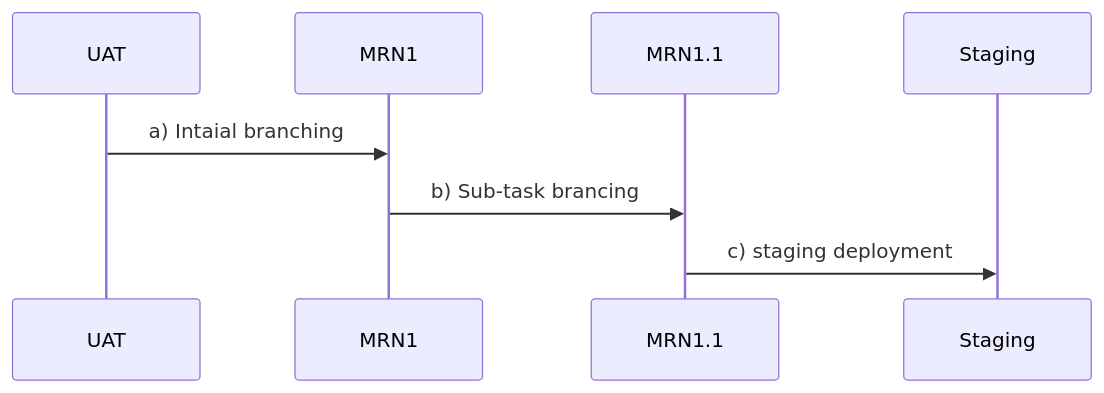
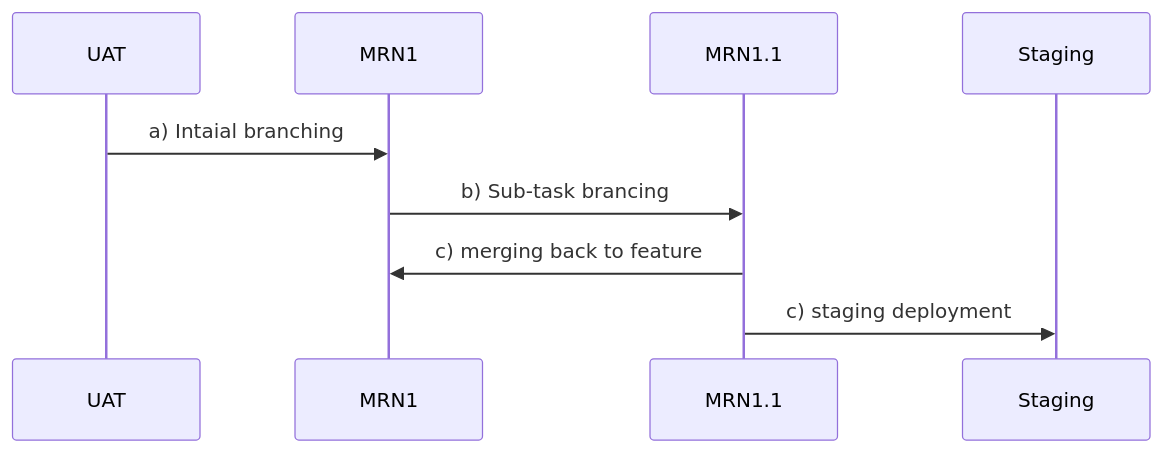
One commit to maboelnour/learning-notes changed the diagram in README.md. Above: the diagram before and after it, drawn with Mermaid. The commit also changed other lines of this file, not shown here.

````diff
--- a/README.md
+++ b/README.md
@@ -6,9 +6,10 @@
 ```mermaid
 sequenceDiagram
 UAT ->> MRN1 : a) Intaial branching
 MRN1 ->> MRN1.1: b) Sub-task brancing
+MRN1.1 ->> MRN1: c) merging back to feature
 MRN1.1 ->> Staging: c) staging deployment
 
 
 
 ```
````
